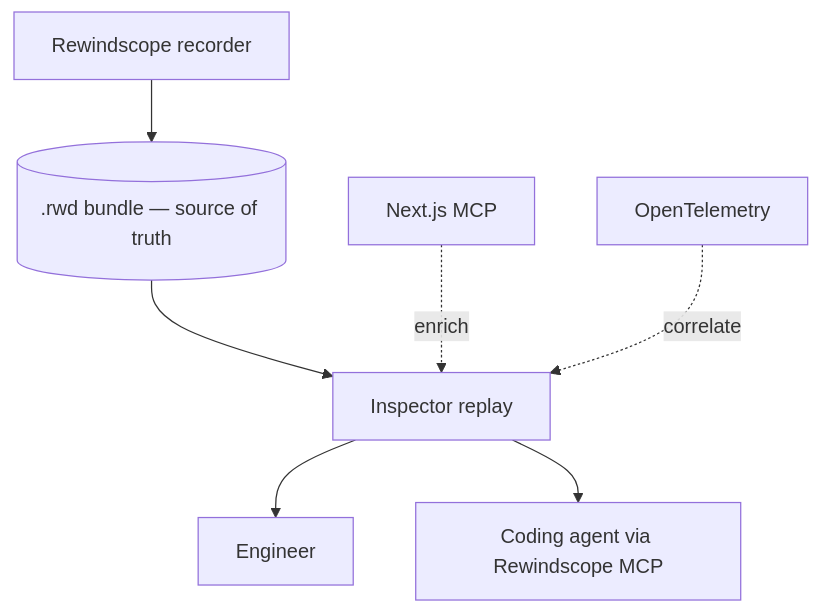
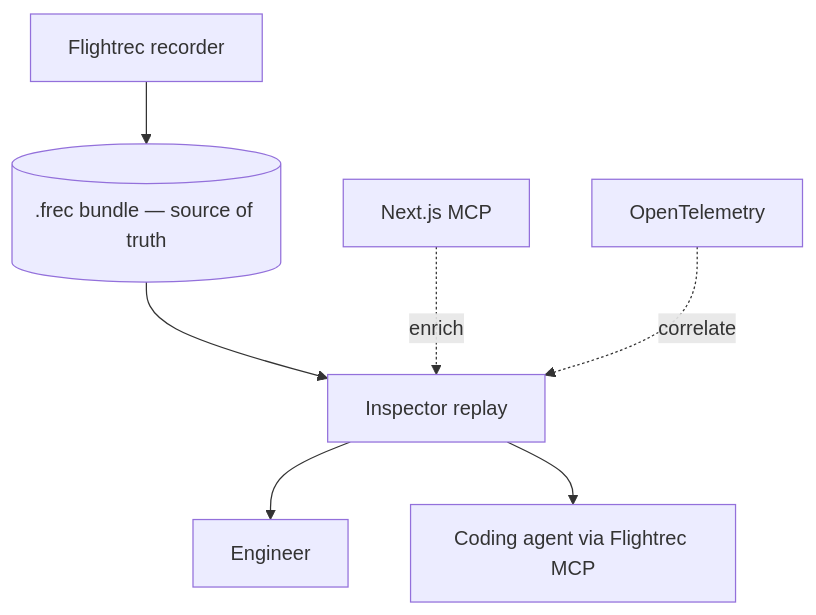
Before and after one commit to CodeMuscle/flightrec: the fifth of 10 diagrams in docs/BLUEPRINT.md, drawn with Mermaid. The commit also changed other lines of this file and 19 other files, not shown here.

````diff
--- a/docs/BLUEPRINT.md
+++ b/docs/BLUEPRINT.md
@@ -82,9 +82,9 @@
 ```mermaid
 flowchart TB
-  REC[Rewindscope recorder] --> BUNDLE[(.rwd bundle — source of truth)]
+  REC[Flightrec recorder] --> BUNDLE[(.frec bundle — source of truth)]
   BUNDLE --> INSPECT[Inspector replay]
   MCP[Next.js MCP] -. enrich .-> INSPECT
   OTEL[OpenTelemetry] -. correlate .-> INSPECT
   INSPECT --> HUMAN[Engineer]
-  INSPECT --> AGENT[Coding agent via Rewindscope MCP]
+  INSPECT --> AGENT[Coding agent via Flightrec MCP]
 ```
````
